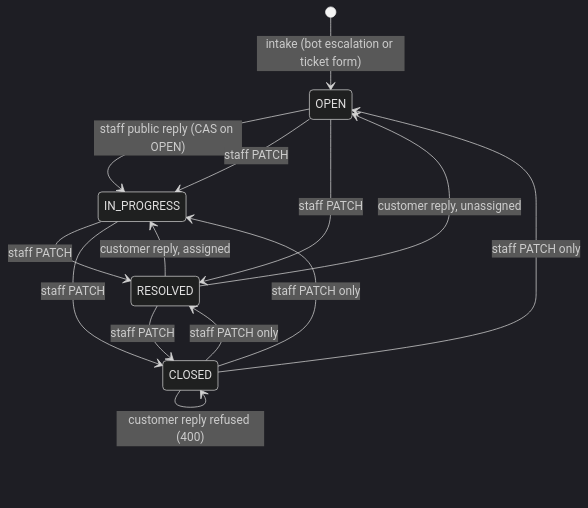
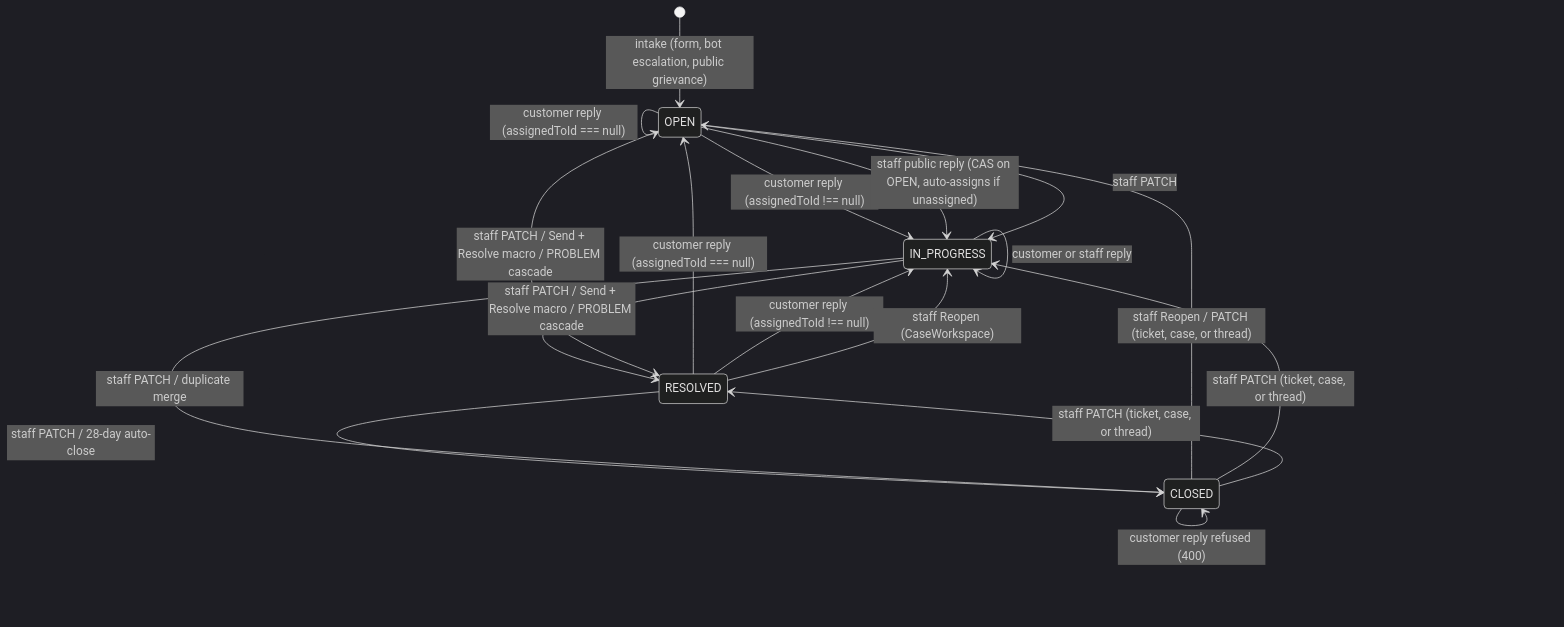
Before and after one commit to Practitionist/familiarise_web: the first of 2 diagrams in docs/support/07-ticket-lifecycle-and-concurrency.md, drawn with Mermaid (dark theme). The commit also changed other lines of this file and 142 other files, not shown here.

First line of the commit message:
feat(support): unified SupportCase model, SLA sweep, moderation transparency, grievance compliance & 2FA UX (#2063) (#2071)

````diff
--- a/docs/support/07-ticket-lifecycle-and-concurrency.md
+++ b/docs/support/07-ticket-lifecycle-and-concurrency.md
@@ -19,16 +19,20 @@
 ```mermaid
 stateDiagram-v2
-    [*] --> OPEN: intake (bot escalation or ticket form)
-    OPEN --> IN_PROGRESS: staff public reply (CAS on OPEN)
+    [*] --> OPEN: intake (form, bot escalation, public grievance)
+    OPEN --> OPEN: customer reply (assignedToId === null)
+    OPEN --> IN_PROGRESS: customer reply (assignedToId !== null)
+    OPEN --> IN_PROGRESS: staff public reply (CAS on OPEN, auto-assigns if unassigned)
     OPEN --> IN_PROGRESS: staff PATCH
-    IN_PROGRESS --> RESOLVED: staff PATCH
-    OPEN --> RESOLVED: staff PATCH
-    RESOLVED --> OPEN: customer reply, unassigned
-    RESOLVED --> IN_PROGRESS: customer reply, assigned
-    RESOLVED --> CLOSED: staff PATCH
-    IN_PROGRESS --> CLOSED: staff PATCH
-    CLOSED --> OPEN: staff PATCH only
-    CLOSED --> IN_PROGRESS: staff PATCH only
-    CLOSED --> RESOLVED: staff PATCH only
+    IN_PROGRESS --> IN_PROGRESS: customer or staff reply
+    IN_PROGRESS --> RESOLVED: staff PATCH / Send + Resolve macro / PROBLEM cascade
+    OPEN --> RESOLVED: staff PATCH / Send + Resolve macro / PROBLEM cascade
+    RESOLVED --> OPEN: customer reply (assignedToId === null)
+    RESOLVED --> IN_PROGRESS: customer reply (assignedToId !== null)
+    RESOLVED --> IN_PROGRESS: staff Reopen (CaseWorkspace)
+    RESOLVED --> CLOSED: staff PATCH / 28-day auto-close
+    IN_PROGRESS --> CLOSED: staff PATCH / duplicate merge
+    CLOSED --> OPEN: staff Reopen / PATCH (ticket, case, or thread)
+    CLOSED --> IN_PROGRESS: staff PATCH (ticket, case, or thread)
+    CLOSED --> RESOLVED: staff PATCH (ticket, case, or thread)
     CLOSED --> CLOSED: customer reply refused (400)
 ```
````
